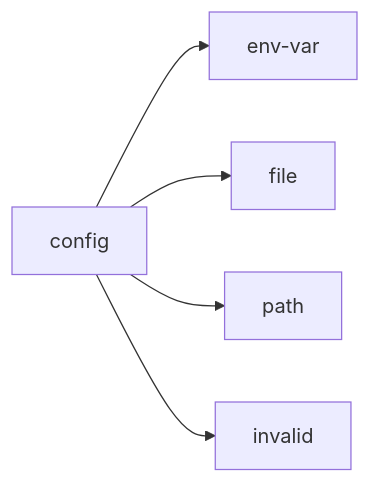
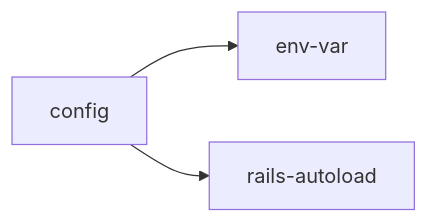
Before and after one commit to meaganewaller/weekly-reviews: the eighth of 11 diagrams in friction-taxonomy.md, drawn with Mermaid. The commit also changed other lines of this file and 2 other files, not shown here.

```diff
--- a/friction-taxonomy.md
+++ b/friction-taxonomy.md
@@ -173,7 +188,5 @@
 {% mermaid %}
 flowchart LR
     A[config] --> B[env-var]
-    A --> C[file]
-    A --> D[path]
-    A --> E[invalid]
+    A --> C[rails-autoload]
 {% endmermaid %}
```
